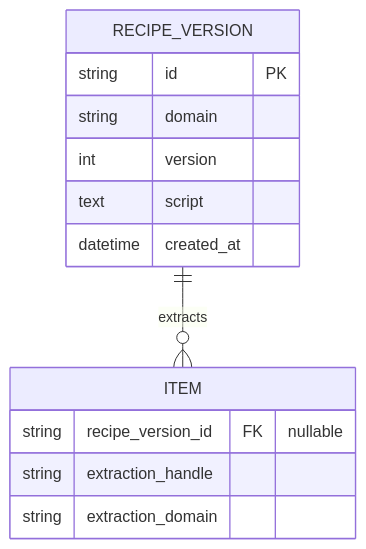
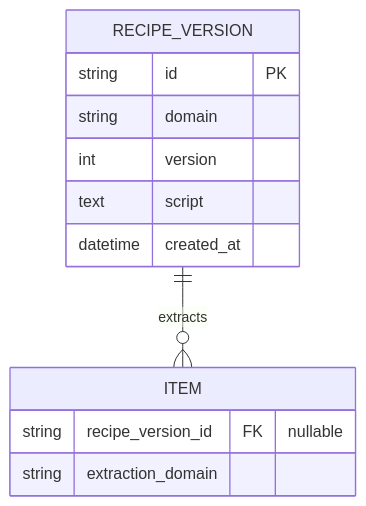
Before and after one commit to asermax/nagara: the first of 3 diagrams in docs/technical-design/recipes.md, drawn with Mermaid. The commit also changed other lines of this file and 18 other files, not shown here.

````diff
--- a/docs/technical-design/recipes.md
+++ b/docs/technical-design/recipes.md
@@ -35,16 +35,15 @@
 ```mermaid
 erDiagram
     RECIPE_VERSION ||--o{ ITEM : extracts
     RECIPE_VERSION {
         string id PK
         string domain
         int version
         text script
         datetime created_at
     }
     ITEM {
         string recipe_version_id FK "nullable"
-        string extraction_handle
         string extraction_domain
     }
 ```
````
